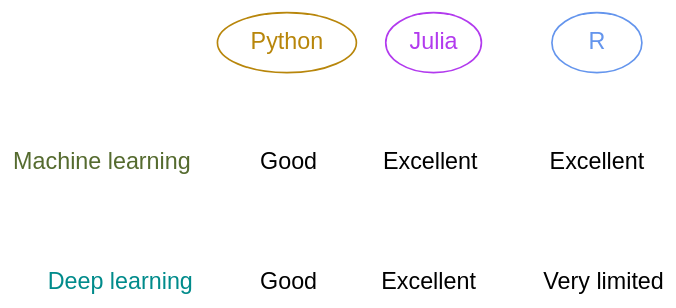
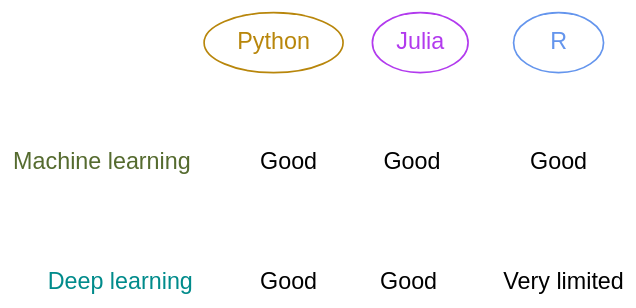
One commit to WestDRI/arc-training changed diagram 20 of 23 in ml/frameworks_slides.qmd. Above: the diagram before and after it, drawn with Graphviz. The commit also changed other lines of this file, not shown here.

````diff
--- a/ml/frameworks_slides.qmd
+++ b/ml/frameworks_slides.qmd
@@ -874,36 +1206,36 @@
 ```{dot}
 //| echo: false
 
 strict graph {
   
 bgcolor="transparent"
 graph [fontname="Inconsolata, sans-serif"]
 node [fontname="Inconsolata, sans-serif"]
 edge [style=invis]
 
 1 [label="Good", shape=plaintext]
 2 [label="Good", shape=plaintext]
-3 [label="Excellent", shape=plaintext]
-4 [label="Excellent", shape=plaintext]
-5 [label="Excellent", shape=plaintext]
+3 [label="Good", shape=plaintext]
+4 [label="Good", shape=plaintext]
+5 [label="Good", shape=plaintext]
 6 [label="Very limited", shape=plaintext]
 
 "Machine learning" [shape=plaintext, fontcolor=darkolivegreen]
 "Deep learning" [shape=plaintext, fontcolor=darkcyan]
 
 Python [color=darkgoldenrod, fontcolor=darkgoldenrod, URL="https://www.python.org/"]
 Julia [color=darkorchid2, fontcolor=darkorchid2, URL="https://julialang.org/"]
 R [color=cornflowerblue, fontcolor=cornflowerblue, URL="https://www.r-project.org/"]
 
 {rank=same; "Machine learning" 1 3 5}
 {rank=same; "Deep learning" 2 4 6}
 
 Python -- 1 -- 2
 Julia -- 3 -- 4
 R -- 5 -- 6
 
 "Machine learning" -- 1 -- 3 -- 5
 "Deep learning" -- 2 -- 4 -- 6
 
 }
 ```
````
